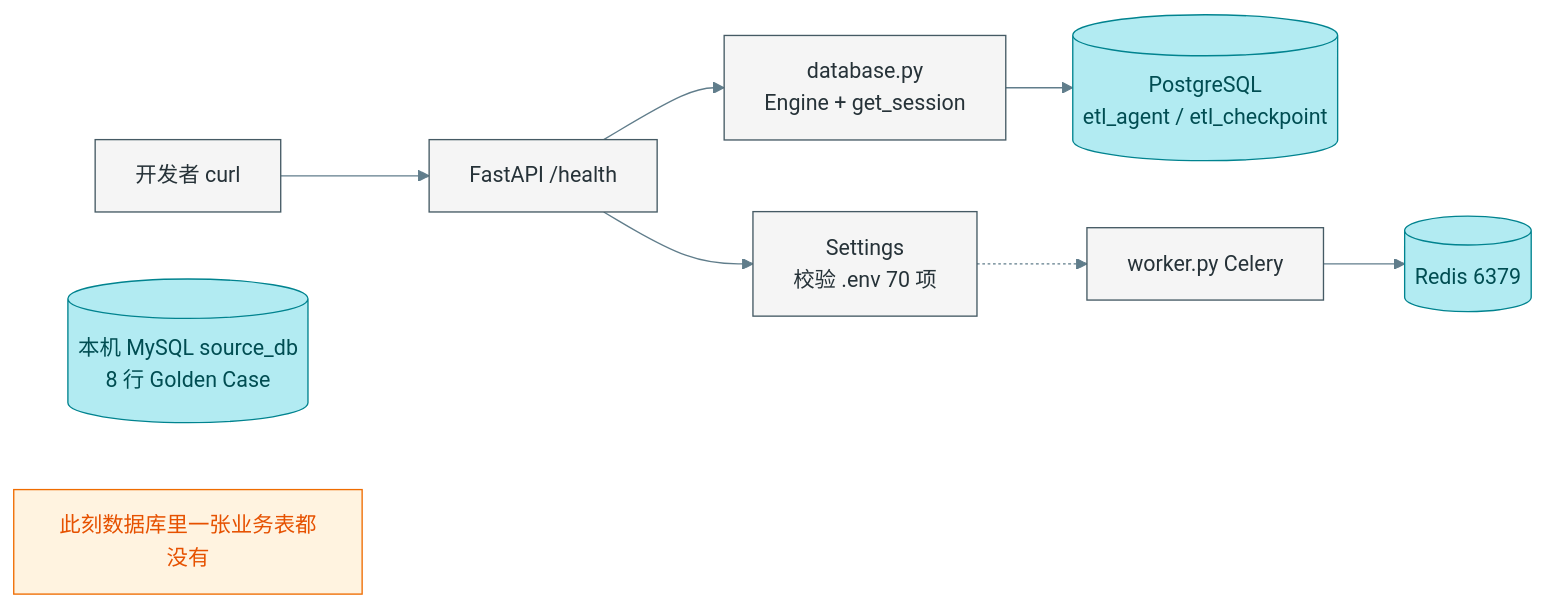
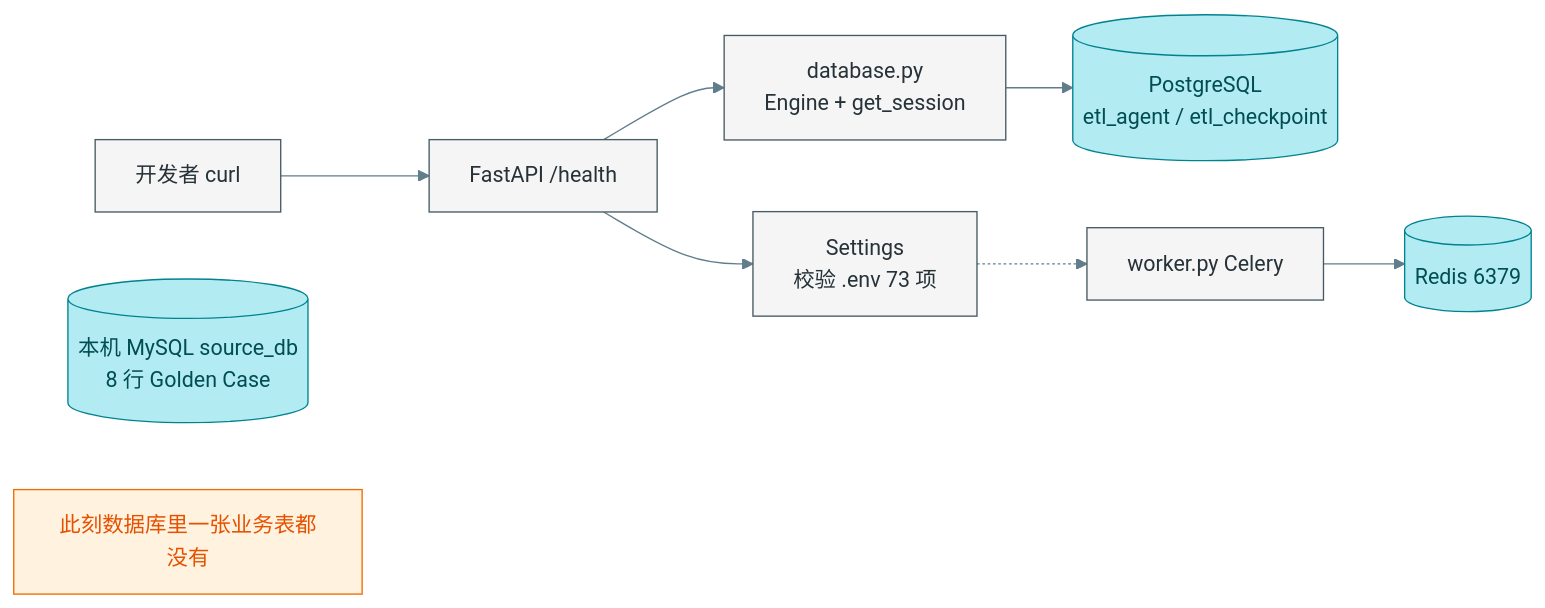
The second of 9 diagrams in docs/实现步骤与架构图.md (ciwuzhi1/etl_agent_demo), drawn with Mermaid before and after one commit. The commit also changed other lines of this file and 85 other files, not shown here.

Commit message:
第9-15章：Harness内核+执行观测+副作用治理+运行时监督+Benchmark与安全进化+前端五视图；修复一次性能力消费、证据Ed25519签名、Commit幂等；pytest 130 passed

````diff
--- a/docs/实现步骤与架构图.md
+++ b/docs/实现步骤与架构图.md
@@ -147,15 +147,15 @@
 ```mermaid
 %%{init: {'theme':'base', 'themeVariables': {'background':'#ffffff','primaryColor':'#f5f5f5','primaryBorderColor':'#455a64','primaryTextColor':'#263238','secondaryColor':'#e8f5e9','tertiaryColor':'#e3f2fd','lineColor':'#607d8b','edgeLabelBackground':'#ffffff','actorBkg':'#f5f5f5','actorBorder':'#455a64','actorTextColor':'#263238','signalColor':'#37474f','signalTextColor':'#263238','labelBoxBkgColor':'#eceff1','labelTextColor':'#263238','noteBkgColor':'#fff9c4','noteBorderColor':'#f9a825','noteTextColor':'#5d4037','sequenceNumberColor':'#ffffff'}}}%%
 flowchart LR
     DEV["开发者 curl"] --> API["FastAPI /health"]
-    API --> CFG["Settings<br/>校验 .env 70 项"]
+    API --> CFG["Settings<br/>校验 .env 73 项"]
     API --> DB["database.py<br/>Engine + get_session"]
-    DB --> PG[("PostgreSQL<br/>etl_agent / etl_checkpoint")]:::store
-    W["worker.py Celery"] --> RD[("Redis 6379")]:::store
+    DB --> PG[("PostgreSQL<br/>etl_agent / etl_checkpoint")]:::db
+    W["worker.py Celery"] --> RD[("Redis 6379")]:::db
     CFG -.-> W
-    MYSQL[("本机 MySQL source_db<br/>8 行 Golden Case")]:::store
+    MYSQL[("本机 MySQL source_db<br/>8 行 Golden Case")]:::db
     NOTE["此刻数据库里一张业务表都没有"]:::note
 
     classDef note fill:#fff3e0,stroke:#ef6c00,color:#e65100;
-    classDef store fill:#b2ebf2,stroke:#00838f,color:#004d52;
+    classDef db fill:#b2ebf2,stroke:#00838f,color:#004d52;
 ```
````
